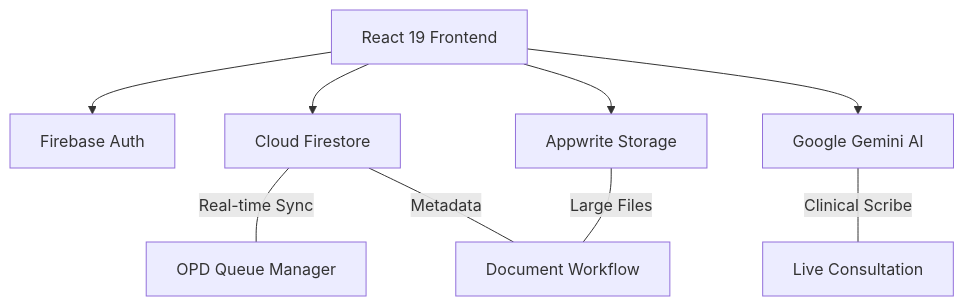
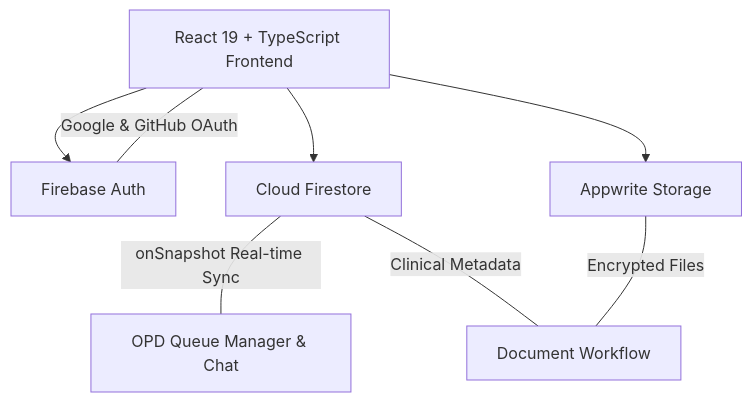
Before and after one commit to saksham-dev07/Docpilot: the diagram in README.md, drawn with Mermaid. The commit also changed other lines of this file and 14 other files, not shown here.

Commit message:
fix & feat: optimize authentication, GitHub OAuth, database rules, live consultation UI, and README documentation

````diff
--- a/README.md
+++ b/README.md
@@ -18,12 +18,11 @@
 ```mermaid
 graph TD
-    A[React 19 Frontend] --> B[Firebase Auth]
+    A[React 19 + TypeScript Frontend] --> B[Firebase Auth]
     A --> C[Cloud Firestore]
     A --> D[Appwrite Storage]
-    A --> E[Google Gemini AI]
     
-    C ---|Real-time Sync| F[OPD Queue Manager]
-    C ---|Metadata| G[Document Workflow]
-    D ---|Large Files| G
-    E ---|Clinical Scribe| H[Live Consultation]
+    B ---|Google & GitHub OAuth| A
+    C ---|onSnapshot Real-time Sync| E[OPD Queue Manager & Chat]
+    C ---|Clinical Metadata| F[Document Workflow]
+    D ---|Encrypted Files| F
 ```
````
